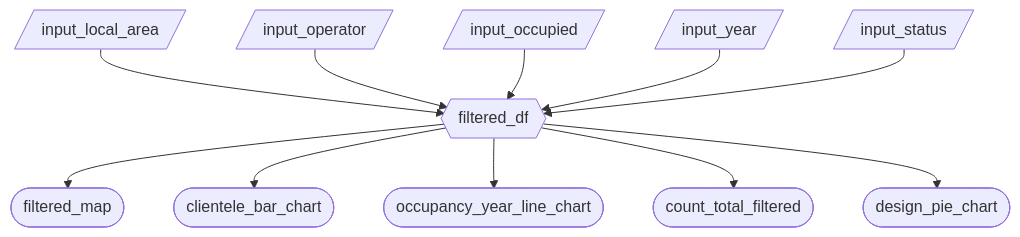
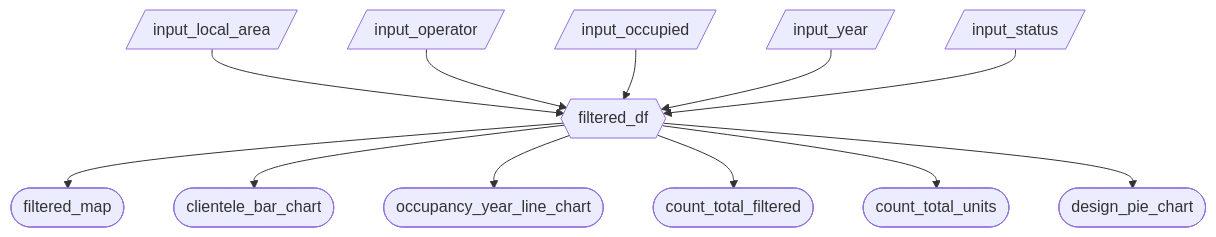
The diagram in reports/m2_spec.md (UBC-MDS/DSCI-532_2026_20_non_market_housing), drawn with Mermaid before and after one commit. The commit also changed other lines of this file, not shown here.

````diff
--- a/reports/m2_spec.md
+++ b/reports/m2_spec.md
@@ -29,14 +31,15 @@
 ``` mermaid
 flowchart TD
   A[/input_local_area/] --> F{{filtered_df}}
   B[/input_operator/] --> F
   C[/input_occupied/] --> F
   D[/input_year/] --> F
   E[/input_status/] --> F
 
   F --> M([filtered_map])
   F --> BC([clientele_bar_chart])
   F --> LC([occupancy_year_line_chart])
   F --> CV([count_total_filtered])
+  F --> CU([count_total_units])
   F --> DS([design_pie_chart])
 ```
````
